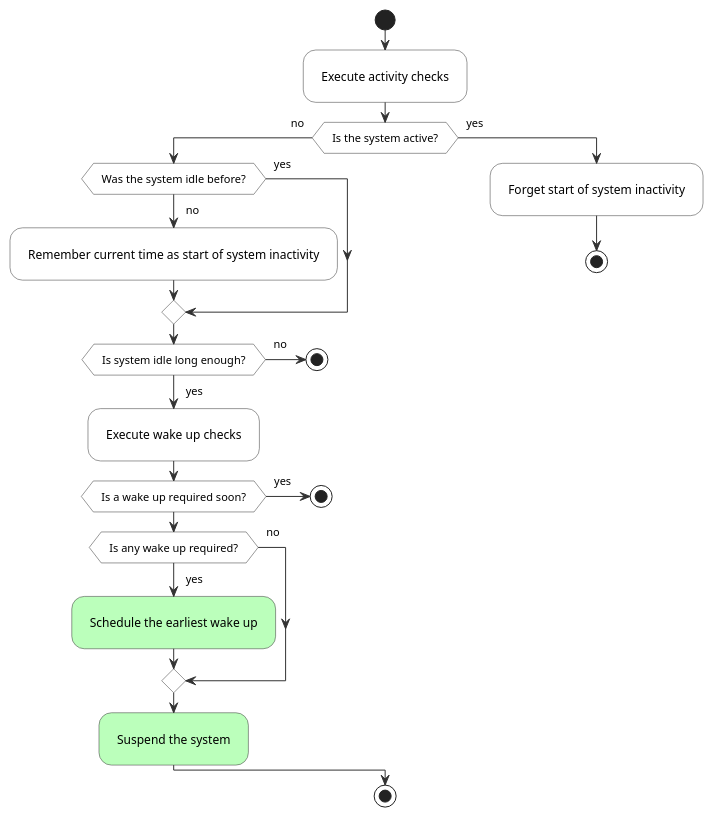
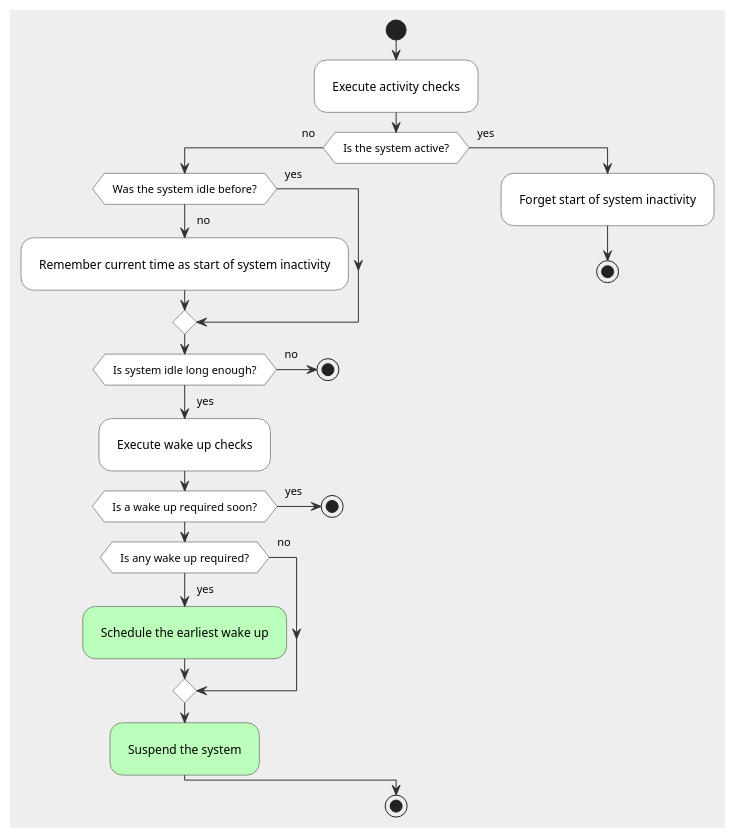
One commit to languitar/autosuspend changed the diagram in doc/source/index.rst. Above: the diagram before and after it, drawn with PlantUML. The commit also changed other lines of this file and 2 other files, not shown here.

Commit message:
docs: change sphinx theme to furo
The RTD theme is not compatible with sphinx 7 and no updates seem to
occur. Therefore, use some other theme that just works at the moment.

```diff
--- a/doc/source/index.rst
+++ b/doc/source/index.rst
@@ -14,53 +14,53 @@
 .. uml::
 
    @startuml
 
    skinparam shadowing false
-   skinparam backgroundcolor transparent
+   skinparam backgroundcolor #eeeeee
 
    skinparam Padding 8
 
    skinparam ActivityBackgroundColor #FFFFFF
    skinparam ActivityDiamondBackgroundColor #FFFFFF
    skinparam ActivityBorderColor #333333
    skinparam ActivityDiamondBorderColor #333333
    skinparam ArrowColor #333333
 
    start
 
    :Execute activity checks;
 
    if (Is the system active?) then (no)
 
      if (Was the system idle before?) then (no)
        :Remember current time as start of system inactivity;
      else (yes)
      endif
 
      if (Is system idle long enough?) then (yes)
 
        :Execute wake up checks;
 
        if (Is a wake up required soon?) then (yes)
          stop
        else
          if (Is any wake up required?) then (yes)
            #BBFFBB:Schedule the earliest wake up;
          else (no)
          endif
        endif
 
        #BBFFBB:Suspend the system;
 
      else (no)
        stop
      endif
 
    else (yes)
      :Forget start of system inactivity;
      stop
    endif
 
    stop
 
    @enduml
```
